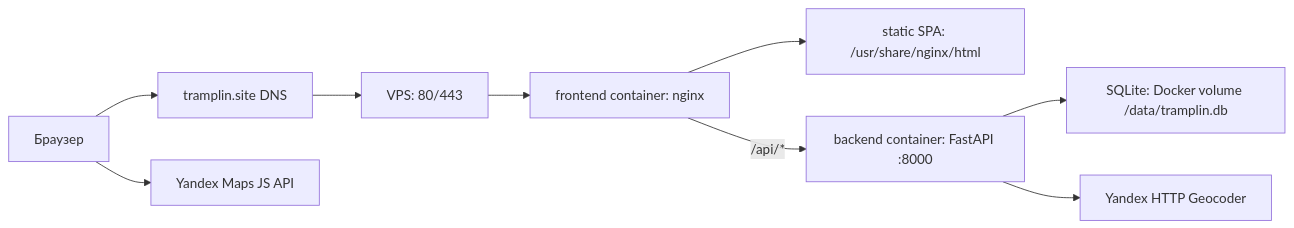
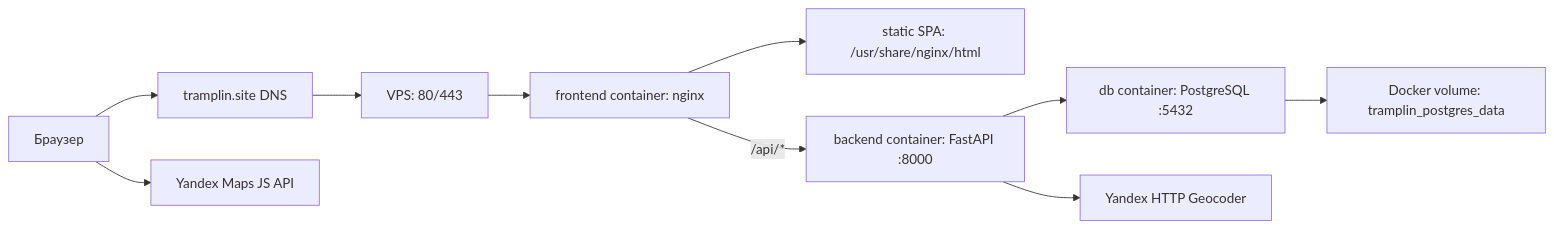
One commit to NerdySnake6/Tramplin-ai-career-platform changed the diagram in README.md. Above: the diagram before and after it, drawn with Mermaid. The commit also changed other lines of this file and 3 other files, not shown here.

````diff
--- a/README.md
+++ b/README.md
@@ -30,11 +30,12 @@
 ```mermaid
 flowchart LR
     U["Браузер"] --> D["tramplin.site DNS"]
     D --> V["VPS: 80/443"]
     V --> N["frontend container: nginx"]
     N --> S["static SPA: /usr/share/nginx/html"]
     N -->|"/api/*"| B["backend container: FastAPI :8000"]
-    B --> DB["SQLite: Docker volume /data/tramplin.db"]
+    B --> DB["db container: PostgreSQL :5432"]
+    DB --> VDB["Docker volume: tramplin_postgres_data"]
     B --> YG["Yandex HTTP Geocoder"]
     U --> YM["Yandex Maps JS API"]
 ```
````
